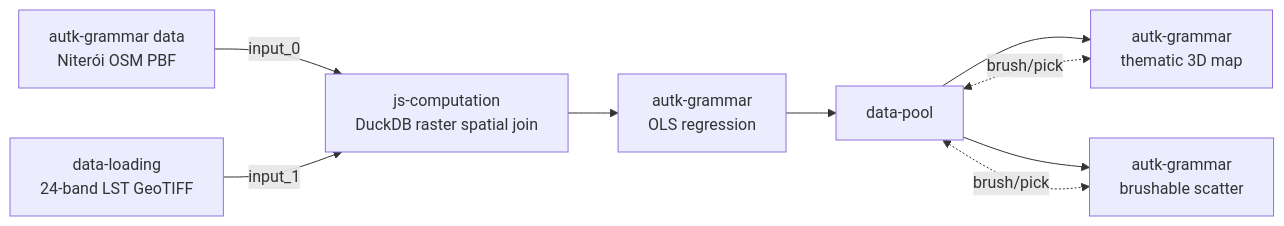
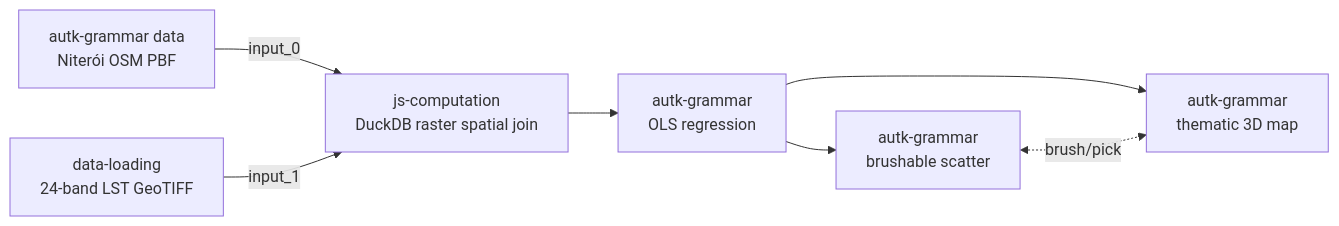
One commit to urban-toolkit/curio changed the diagram in docs/examples/08-autark-spatial-join-regression.md. Above: the diagram before and after it, drawn with Mermaid. The commit also changed other lines of this file and 13 other files, not shown here.

Commit message:
Examples 07, 08 and 09 link their two views directly, with no Data Pool

````diff
--- a/docs/examples/08-autark-spatial-join-regression.md
+++ b/docs/examples/08-autark-spatial-join-regression.md
@@ -19,11 +20,9 @@
 ```mermaid
 flowchart LR
   OSM[autk-grammar data<br/>Niterói OSM PBF] -->|input_0| JOIN[js-computation<br/>DuckDB raster spatial join]
   RASTER[data-loading<br/>24-band LST GeoTIFF] -->|input_1| JOIN
   JOIN --> OLS[autk-grammar<br/>OLS regression]
-  OLS --> POOL[data-pool]
-  POOL --> MAP[autk-grammar<br/>thematic 3D map]
-  POOL --> PLOT[autk-grammar<br/>brushable scatter]
-  POOL <-. brush/pick .-> MAP
-  POOL <-. brush/pick .-> PLOT
+  OLS --> MAP[autk-grammar<br/>thematic 3D map]
+  OLS --> PLOT[autk-grammar<br/>brushable scatter]
+  PLOT <-. brush/pick .-> MAP
 ```
````
